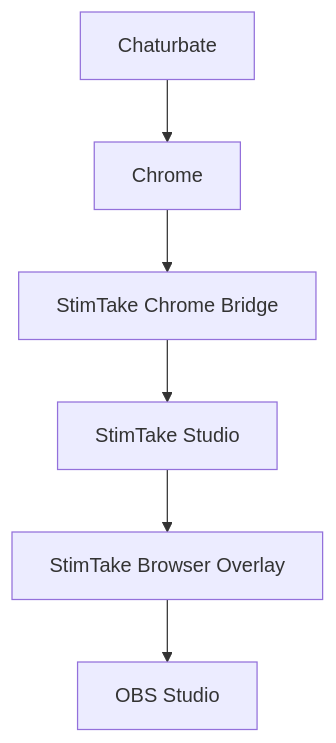
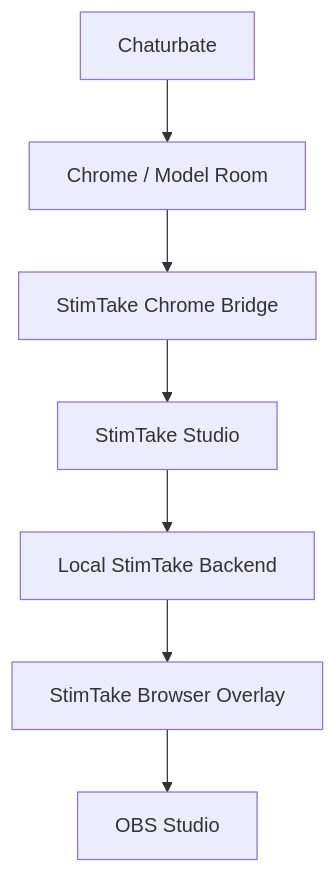
The first of 3 diagrams in README.md (tcdoverlord/StimTake-Studio), drawn with Mermaid before and after one commit. The commit also changed other lines of this file and 21 other files, not shown here.

````diff
--- a/README.md
+++ b/README.md
@@ -77,15 +59,17 @@
 ```mermaid
 flowchart TD
     CB[Chaturbate]
-    CHROME[Chrome]
+    CHROME[Chrome / Model Room]
     BRIDGE[StimTake Chrome Bridge]
     STUDIO[StimTake Studio]
+    BACKEND[Local StimTake Backend]
+    OVERLAY[StimTake Browser Overlay]
     OBS[OBS Studio]
-    OVERLAY[StimTake Browser Overlay]
 
     CB --> CHROME
     CHROME --> BRIDGE
     BRIDGE --> STUDIO
-    STUDIO --> OVERLAY
+    STUDIO --> BACKEND
+    BACKEND --> OVERLAY
     OVERLAY --> OBS
 ```
````
